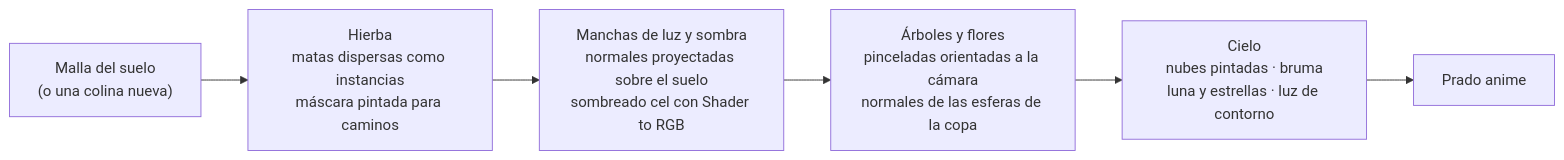
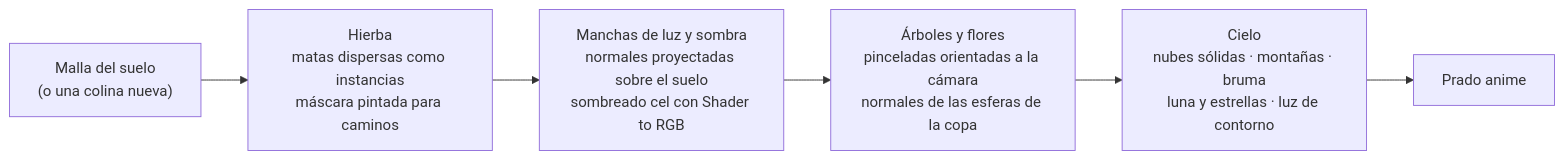
Before and after one commit to kanaworksai-hue/harappa: the diagram in README.es.md, drawn with Mermaid. The commit also changed other lines of this file and 15 other files, not shown here.

````diff
--- a/README.es.md
+++ b/README.es.md
@@ -97,8 +108,8 @@
 ```mermaid
 flowchart LR
     M["Malla del suelo<br/>(o una colina nueva)"] --> G["Hierba<br/>matas dispersas como instancias<br/>máscara pintada para caminos"]
     G --> C["Manchas de luz y sombra<br/>normales proyectadas sobre el suelo<br/>sombreado cel con Shader to RGB"]
     C --> T["Árboles y flores<br/>pinceladas orientadas a la cámara<br/>normales de las esferas de la copa"]
-    T --> S["Cielo<br/>nubes pintadas · bruma<br/>luna y estrellas · luz de contorno"]
+    T --> S["Cielo<br/>nubes sólidas · montañas · bruma<br/>luna y estrellas · luz de contorno"]
     S --> R["Prado anime"]
 ```
````
